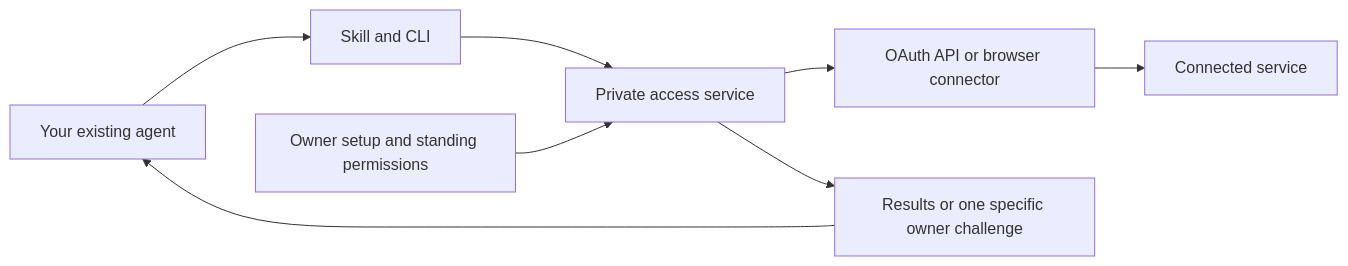
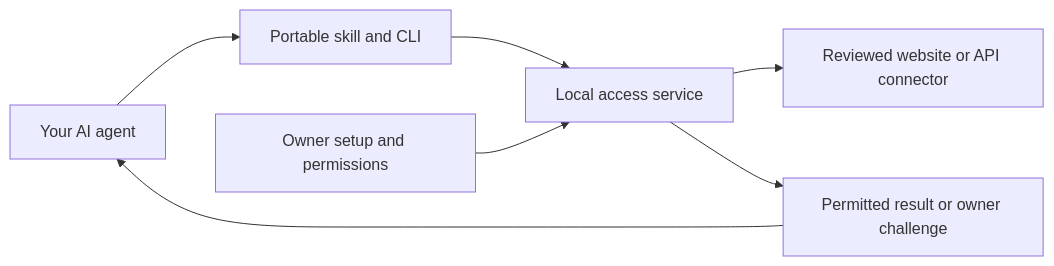
Before and after one commit to fainir/account-access: the diagram in README.md, drawn with Mermaid. The commit also changed other lines of this file and 5 other files, not shown here.

````diff
--- a/README.md
+++ b/README.md
@@ -162,10 +128,9 @@
 ```mermaid
 flowchart LR
-    A[Your existing agent] --> S[Skill and CLI]
-    S --> B[Private access service]
-    B --> O[OAuth API or browser connector]
-    O --> P[Connected service]
-    U[Owner setup and standing permissions] --> B
-    B --> R[Results or one specific owner challenge]
+    A[Your AI agent] --> S[Portable skill and CLI]
+    S --> B[Local access service]
+    B --> W[Reviewed website or API connector]
+    O[Owner setup and permissions] --> B
+    B --> R[Permitted result or owner challenge]
     R --> A
 ```
````
